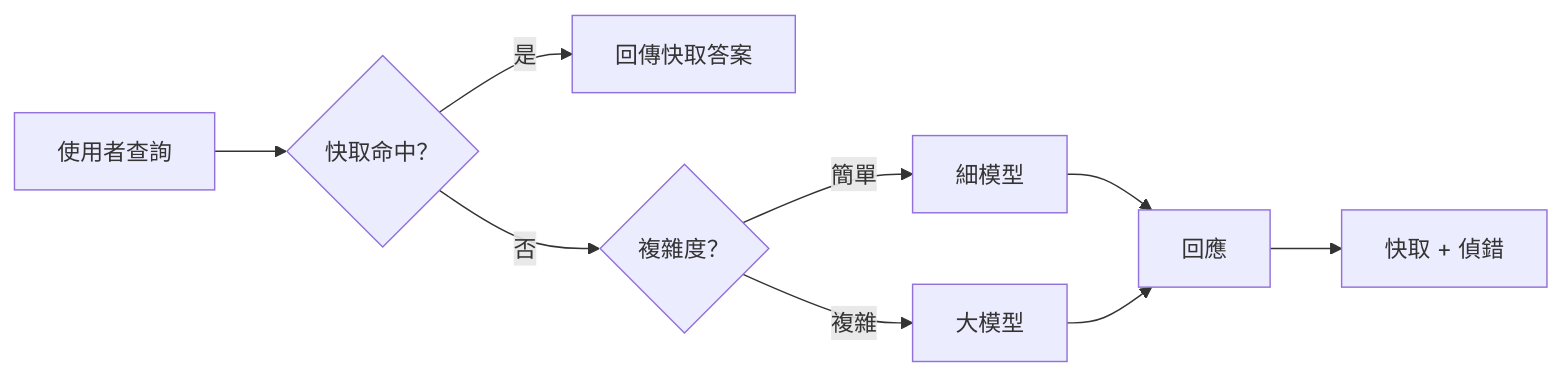
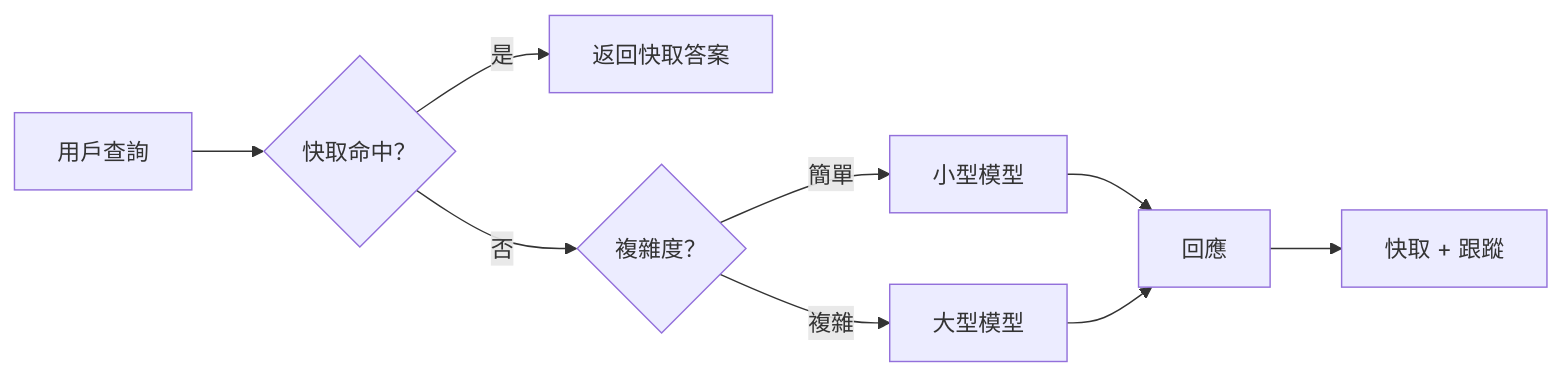
Before and after one commit to gabrielmoreira/agent-skills-mirror: the third of 4 diagrams in mirrors/repos/microsoft@ai-agents-for-beginners/translations/zh-MO/16-deploying-scalable-agents/README.md, drawn with Mermaid. The commit also changed other lines of this file and 4262 other files, not shown here.

````diff
--- a/mirrors/repos/microsoft@ai-agents-for-beginners/translations/zh-MO/16-deploying-scalable-agents/README.md
+++ b/mirrors/repos/microsoft@ai-agents-for-beginners/translations/zh-MO/16-deploying-scalable-agents/README.md
@@ -134,11 +134,11 @@
 ```mermaid
 flowchart LR
-    Q[使用者查詢] --> C{快取命中？}
-    C -->|是| R[回傳快取答案]
+    Q[用戶查詢] --> C{快取命中？}
+    C -->|是| R[返回快取答案]
     C -->|否| Router{複雜度？}
-    Router -->|簡單| SLM[細模型]
-    Router -->|複雜| LLM[大模型]
+    Router -->|簡單| SLM[小型模型]
+    Router -->|複雜| LLM[大型模型]
     SLM --> Out[回應]
     LLM --> Out
-    Out --> Store[快取 + 偵錯]
+    Out --> Store[快取 + 跟蹤]
 ```
````
